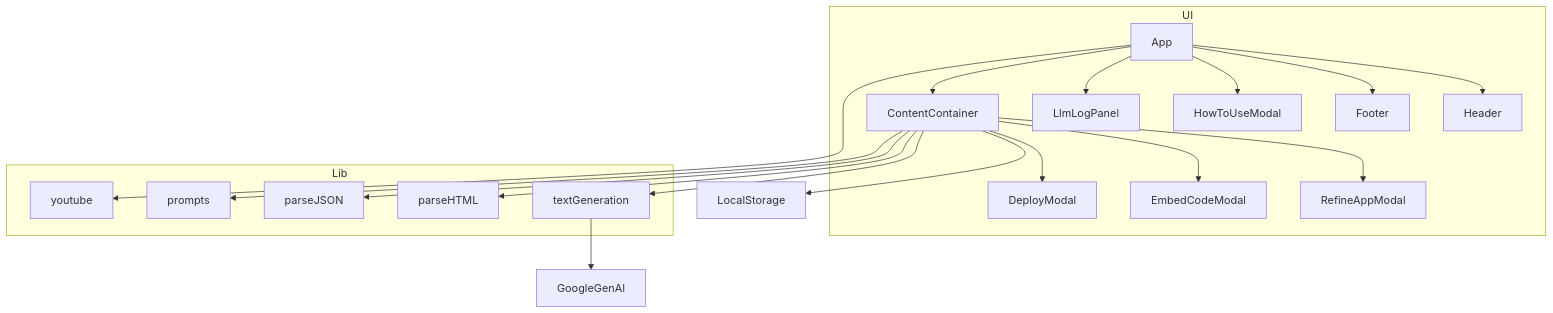
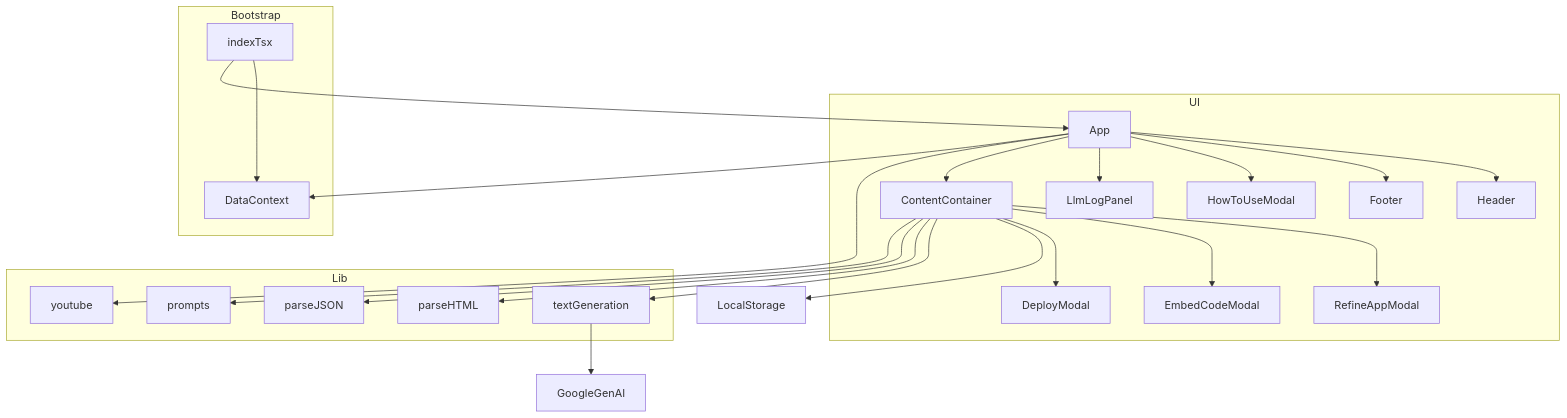
One commit to rebots-online/classify changed the diagram in docs/architecture/architecture.mmd. Above: the diagram before and after it, drawn with Mermaid. The commit also changed 2 other files, not shown here.

Commit message:
docs: update architecture diagram and newline fixes

```diff
--- a/docs/architecture/architecture.mmd
+++ b/docs/architecture/architecture.mmd
@@ -1,35 +1,42 @@
 %% Architecture Diagram for Video to Learning App
 flowchart TB
     subgraph UI
         App
         Header
         Footer
         HowToUseModal
         LlmLogPanel
         ContentContainer
         RefineAppModal
         EmbedCodeModal
         DeployModal
+    end
+    subgraph Bootstrap
+        indexTsx
+        DataContext
     end
     subgraph Lib
         parseJSON
         parseHTML
         textGeneration
         youtube
         prompts
     end
     App --> Header
     App --> Footer
     App --> HowToUseModal
     App --> LlmLogPanel
     App --> ContentContainer
     ContentContainer --> RefineAppModal
     ContentContainer --> EmbedCodeModal
     ContentContainer --> DeployModal
     ContentContainer --> LocalStorage
     ContentContainer --> textGeneration
     ContentContainer --> parseHTML
     ContentContainer --> parseJSON
     ContentContainer --> prompts
     textGeneration --> GoogleGenAI
     App --> youtube
+    indexTsx --> DataContext
+    indexTsx --> App
+    App --> DataContext
```
